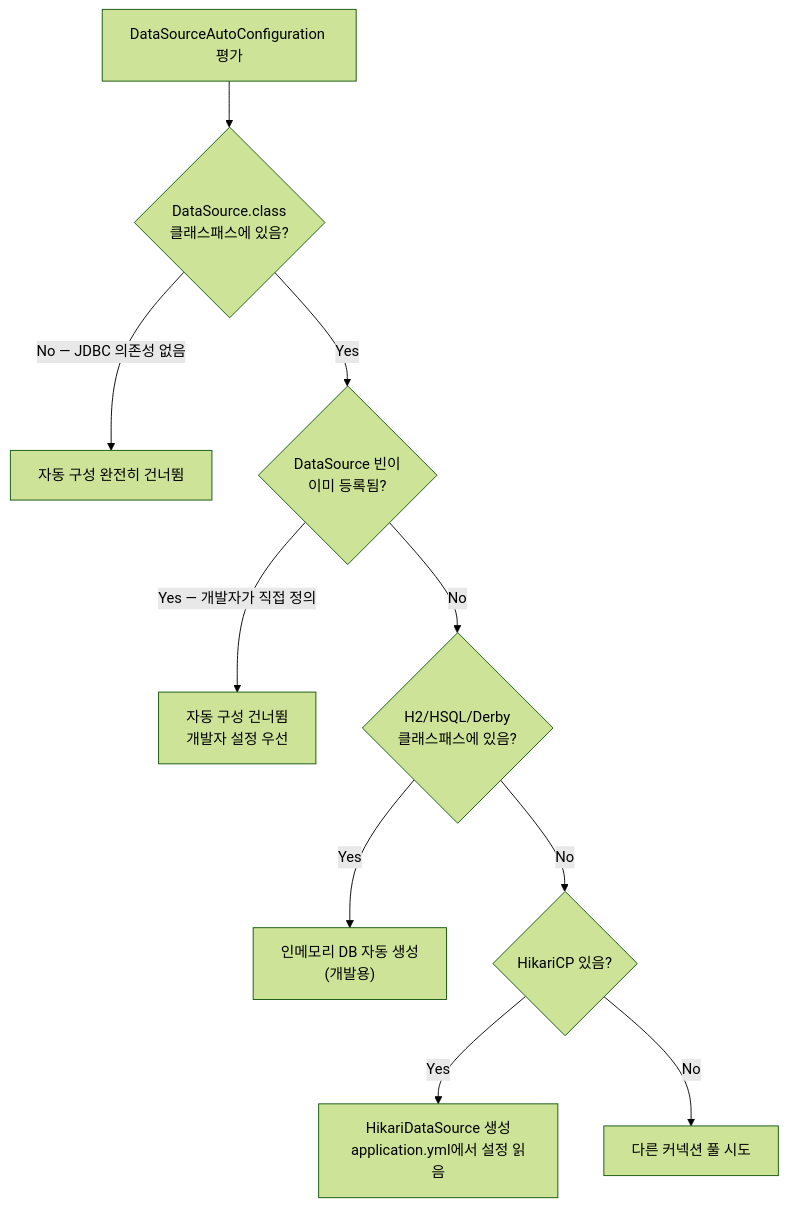
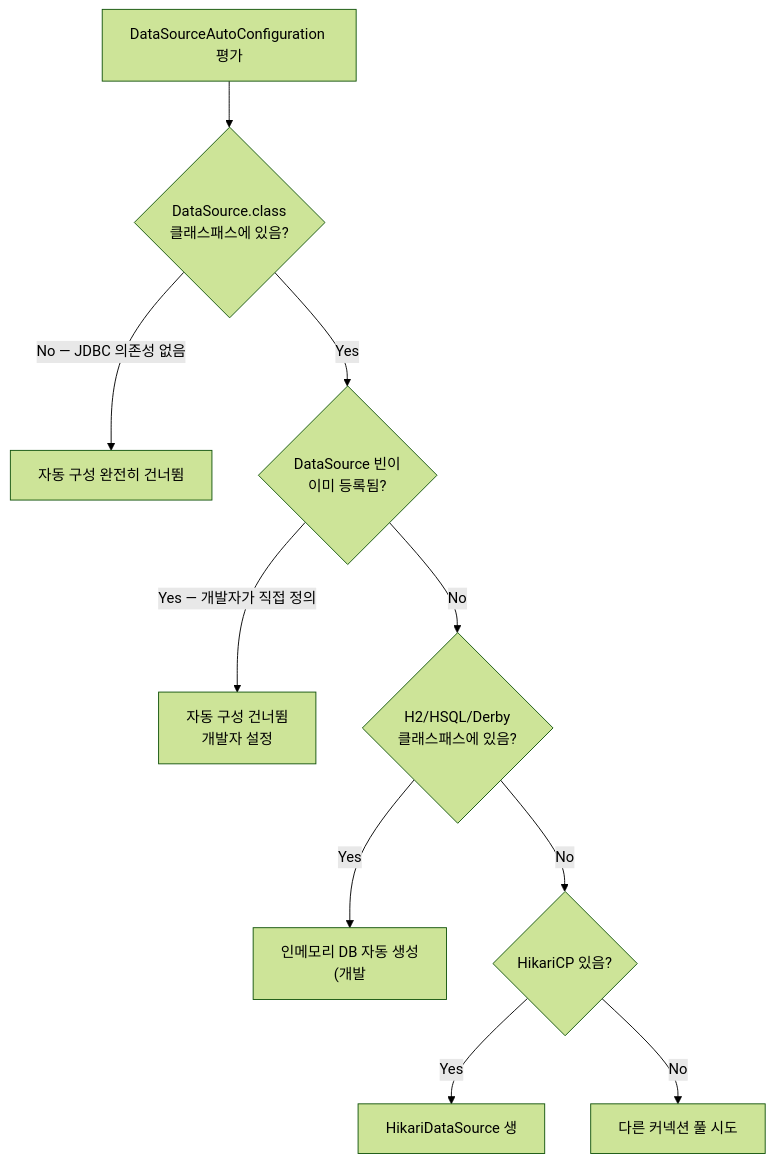
Before and after one commit to yjkim2015/yjkim2015.github.io: the third of 7 diagrams in _posts/spring/2026-05-02-spring-boot-autoconfigure.md, drawn with Mermaid (forest theme). The commit also changed other lines of this file and 271 other files, not shown here.

First line of the commit message:
Mermaid 라벨 축소: 긴 노드 텍스트 18자 이하로 트림 + \n 제거

````diff
--- a/_posts/spring/2026-05-02-spring-boot-autoconfigure.md
+++ b/_posts/spring/2026-05-02-spring-boot-autoconfigure.md
@@ -212,12 +212,12 @@
 ```mermaid
 flowchart TD
     A[DataSourceAutoConfiguration 평가] --> B{"DataSource.class\n클래스패스에 있음?"}
     B -->|"No — JDBC 의존성 없음"| C["자동 구성 완전히 건너뜀"]
     B -->|"Yes"| D{"DataSource 빈이\n이미 등록됨?"}
-    D -->|"Yes — 개발자가 직접 정의"| E["자동 구성 건너뜀\n개발자 설정 우선"]
+    D -->|"Yes — 개발자가 직접 정의"| E["자동 구성 건너뜀\n개발자 설정"]
     D -->|"No"| F{"H2/HSQL/Derby\n클래스패스에 있음?"}
-    F -->|"Yes"| G["인메모리 DB 자동 생성\n(개발용)"]
+    F -->|"Yes"| G["인메모리 DB 자동 생성\n(개발"]
     F -->|"No"| H{"HikariCP 있음?"}
-    H -->|"Yes"| I["HikariDataSource 생성\napplication.yml에서 설정 읽음"]
+    H -->|"Yes"| I["HikariDataSource 생"]
     H -->|"No"| J["다른 커넥션 풀 시도"]
 ```
````
